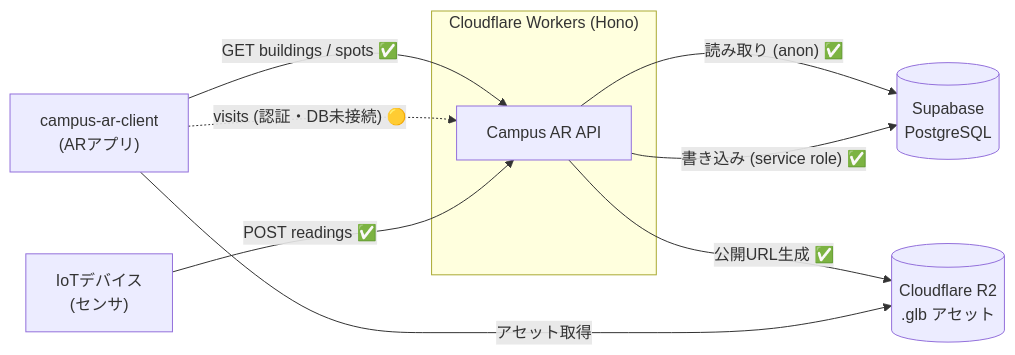
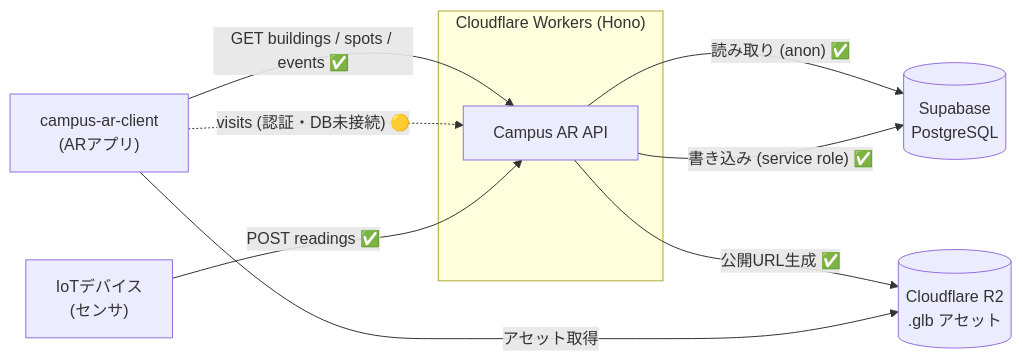
Before and after one commit to 2026ProjectResearchAR/campus-ar-api: the second of 2 diagrams in docs/progress.md, drawn with Mermaid. The commit also changed other lines of this file and 3 other files, not shown here.

First line of the commit message:
add: イベント一覧API (GET /api/v1/events) を追加

````diff
--- a/docs/progress.md
+++ b/docs/progress.md
@@ -75,18 +74,18 @@
 ```mermaid
 flowchart LR
     Client["campus-ar-client<br/>(ARアプリ)"]
     IoT["IoTデバイス<br/>(センサ)"]
     subgraph CF["Cloudflare Workers (Hono)"]
         API["Campus AR API"]
     end
     Supabase[("Supabase<br/>PostgreSQL")]
     R2[("Cloudflare R2<br/>.glb アセット")]
 
-    Client -->|"GET buildings / spots ✅"| API
+    Client -->|"GET buildings / spots / events ✅"| API
     Client -.->|"visits (認証・DB未接続) 🟡"| API
     IoT -->|"POST readings ✅"| API
     API -->|"読み取り (anon) ✅"| Supabase
     API -->|"書き込み (service role) ✅"| Supabase
     API -->|"公開URL生成 ✅"| R2
     Client -->|"アセット取得"| R2
 ```
````
